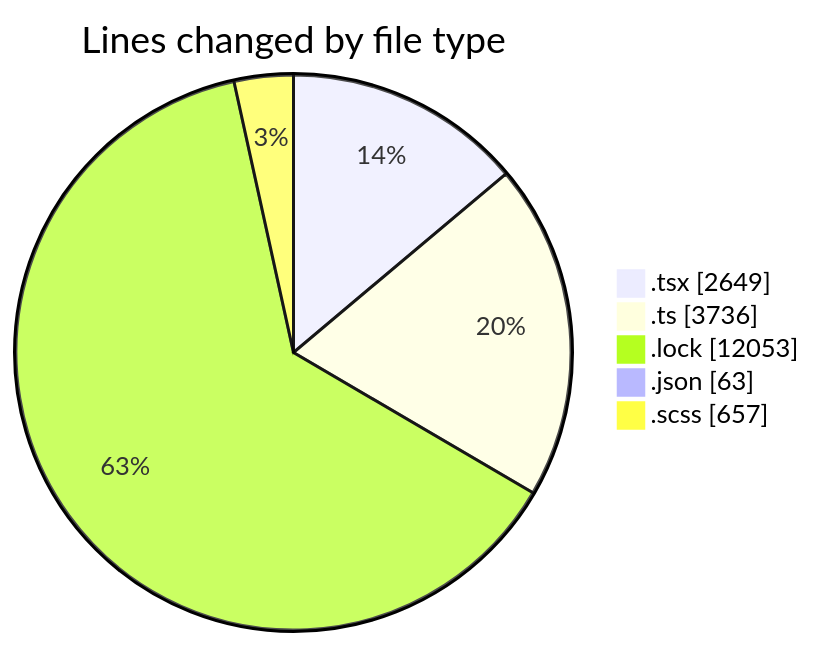
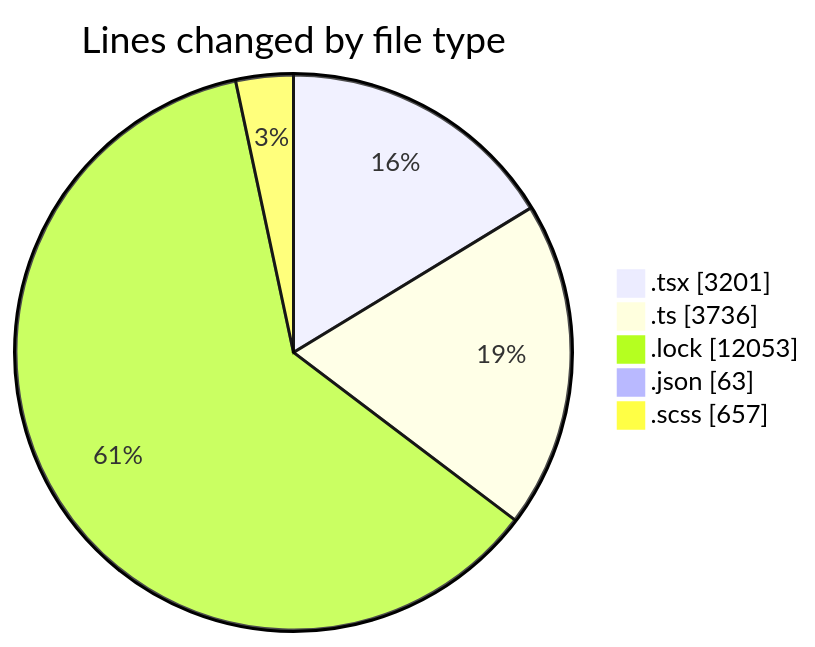
One commit to momahboobian/code-tracking changed the first of 2 diagrams in 2025-12-03/cda/README.md. Above: the diagram before and after it, drawn with Mermaid. The commit also changed other lines of this file and 1 other file, not shown here.

````diff
--- a/2025-12-03/cda/README.md
+++ b/2025-12-03/cda/README.md
@@ -30,9 +31,9 @@
 ```mermaid
 pie showData
 title Lines changed by file type
-".tsx" : 2649
+".tsx" : 3201
 ".ts" : 3736
 ".lock" : 12053
 ".json" : 63
 ".scss" : 657
 ```
````
